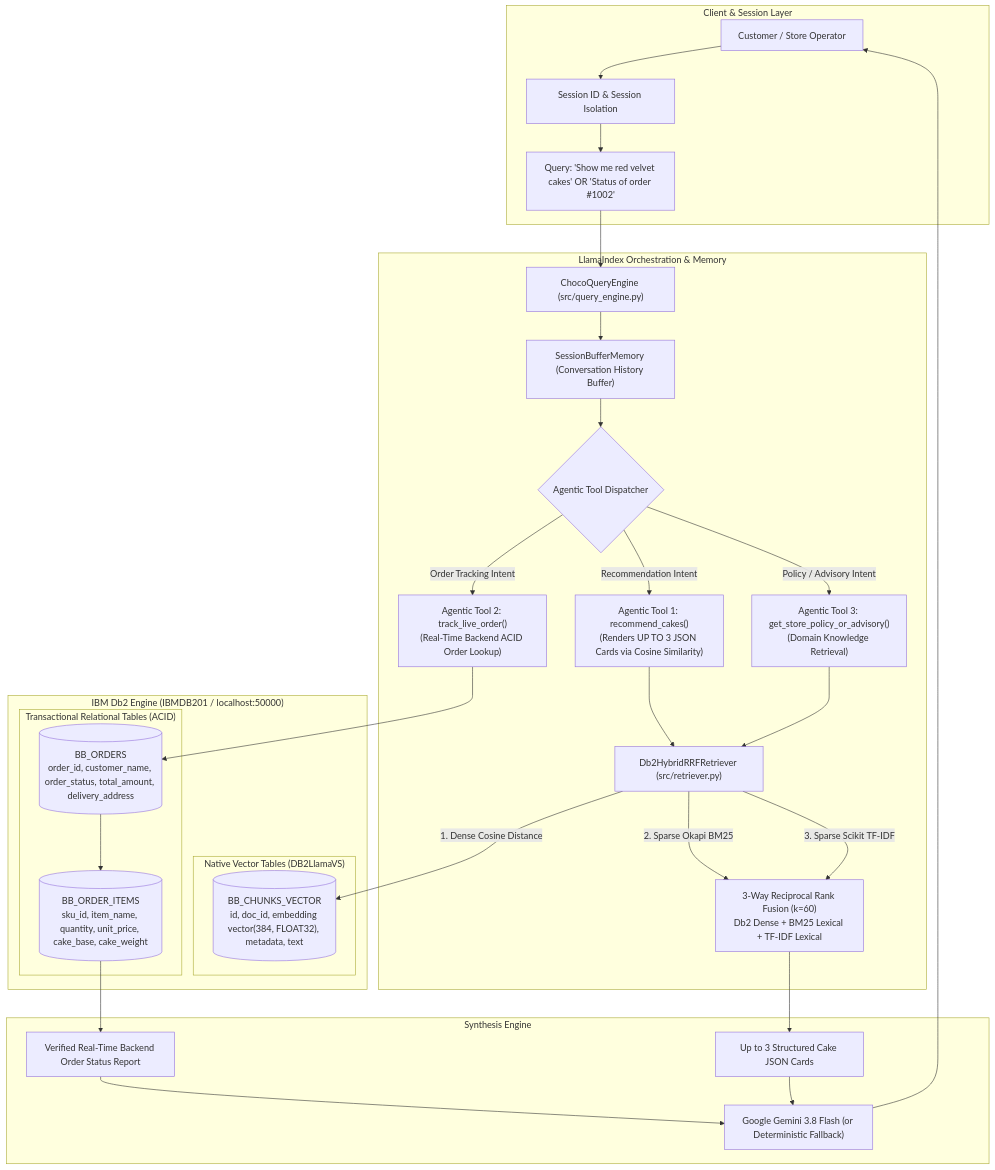
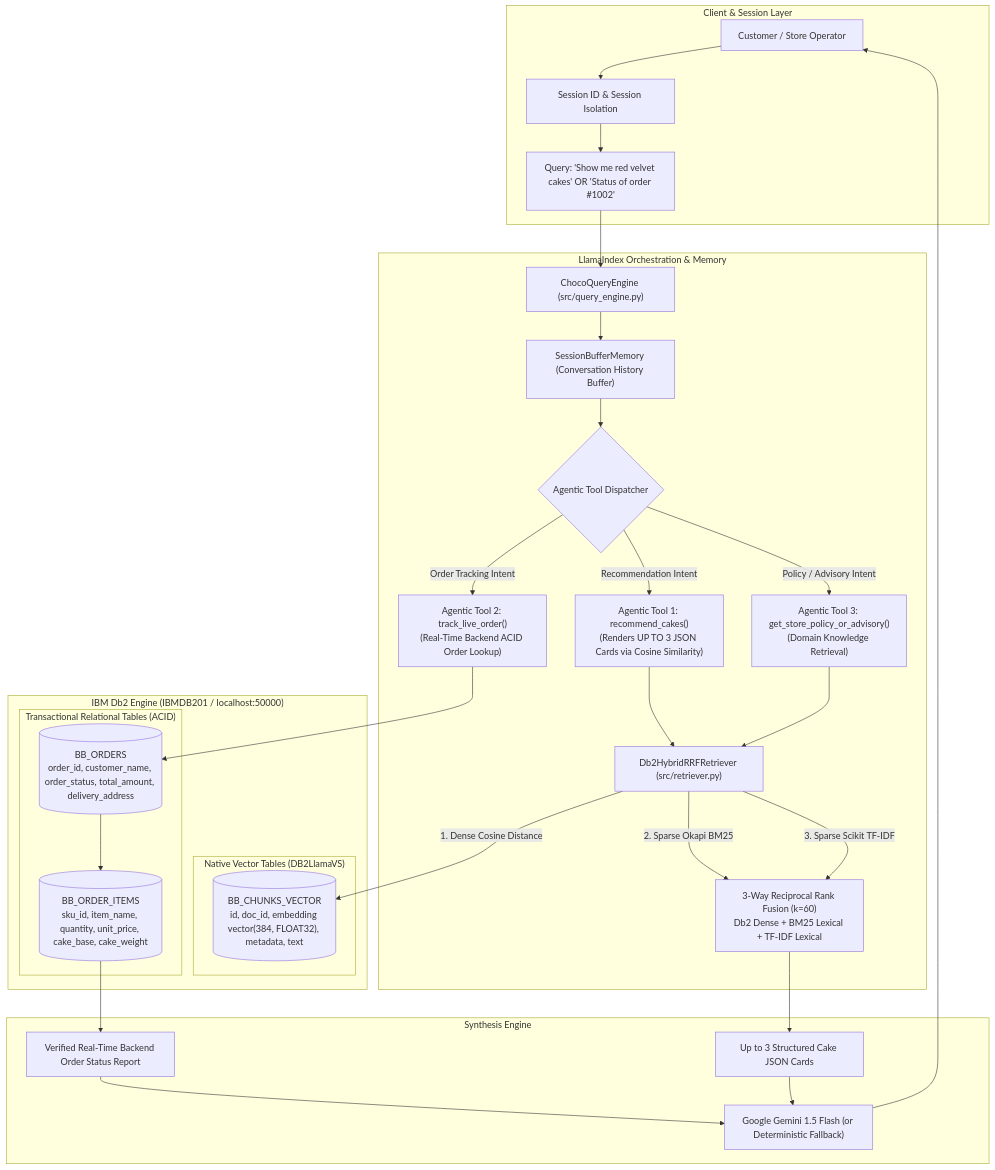
Before and after one commit to AYUSHDHANGAR/IBM_Db2_TechX_Project_Submission: the diagram in submissions/bakebox-choco-ai/architecture.md, drawn with Mermaid. The commit also changed 6 other files, not shown here.

````diff
--- a/submissions/bakebox-choco-ai/architecture.md
+++ b/submissions/bakebox-choco-ai/architecture.md
@@ -39,61 +39,61 @@
 ```mermaid
 flowchart TD
     subgraph Client ["Client & Session Layer"]
         User["Customer / Store Operator"]
         Session["Session ID & Session Isolation"]
         Query["Query: 'Show me red velvet cakes' OR 'Status of order #1002'"]
     end
 
     subgraph Orchestration ["LlamaIndex Orchestration & Memory"]
         Engine["ChocoQueryEngine (src/query_engine.py)"]
         BufferMem["SessionBufferMemory (Conversation History Buffer)"]
         Dispatcher{"Agentic Tool Dispatcher"}
         
         ToolRec["Agentic Tool 1: recommend_cakes()\n(Renders UP TO 3 JSON Cards via Cosine Similarity)"]
         ToolOrder["Agentic Tool 2: track_live_order()\n(Real-Time Backend ACID Order Lookup)"]
         ToolPolicy["Agentic Tool 3: get_store_policy_or_advisory()\n(Domain Knowledge Retrieval)"]
         
         HybridRetriever["Db2HybridRRFRetriever (src/retriever.py)"]
         RRF["3-Way Reciprocal Rank Fusion (k=60)\nDb2 Dense + BM25 Lexical + TF-IDF Lexical"]
     end
 
     subgraph IBM_Db2 ["IBM Db2 Engine (IBMDB201 / localhost:50000)"]
         subgraph VectorStore ["Native Vector Tables (DB2LlamaVS)"]
             BB_VECTORS[("BB_CHUNKS_VECTOR\nid, doc_id, embedding vector(384, FLOAT32), metadata, text")]
         end
         subgraph RelationalStore ["Transactional Relational Tables (ACID)"]
             BB_ORDERS[("BB_ORDERS\norder_id, customer_name, order_status, total_amount, delivery_address")]
             BB_ORDER_ITEMS[("BB_ORDER_ITEMS\nsku_id, item_name, quantity, unit_price, cake_base, cake_weight")]
         end
     end
 
     subgraph Generation ["Synthesis Engine"]
-        LLM["Google Gemini 3.8 Flash (or Deterministic Fallback)"]
+        LLM["Google Gemini 1.5 Flash (or Deterministic Fallback)"]
         Cards["Up to 3 Structured Cake JSON Cards"]
         OrderReport["Verified Real-Time Backend Order Status Report"]
     end
 
     User --> Session --> Query
     Query --> Engine
     Engine --> BufferMem
     BufferMem --> Dispatcher
     
     Dispatcher -- "Order Tracking Intent" --> ToolOrder
     ToolOrder --> BB_ORDERS
     BB_ORDERS --> BB_ORDER_ITEMS
     BB_ORDER_ITEMS --> OrderReport
 
     Dispatcher -- "Recommendation Intent" --> ToolRec
     ToolRec --> HybridRetriever
     HybridRetriever -- "1. Dense Cosine Distance" --> BB_VECTORS
     HybridRetriever -- "2. Sparse Okapi BM25" --> RRF
     HybridRetriever -- "3. Sparse Scikit TF-IDF" --> RRF
     RRF --> Cards
 
     Dispatcher -- "Policy / Advisory Intent" --> ToolPolicy
     ToolPolicy --> HybridRetriever
 
     Cards --> LLM
     OrderReport --> LLM
     LLM --> User
 ```
````
